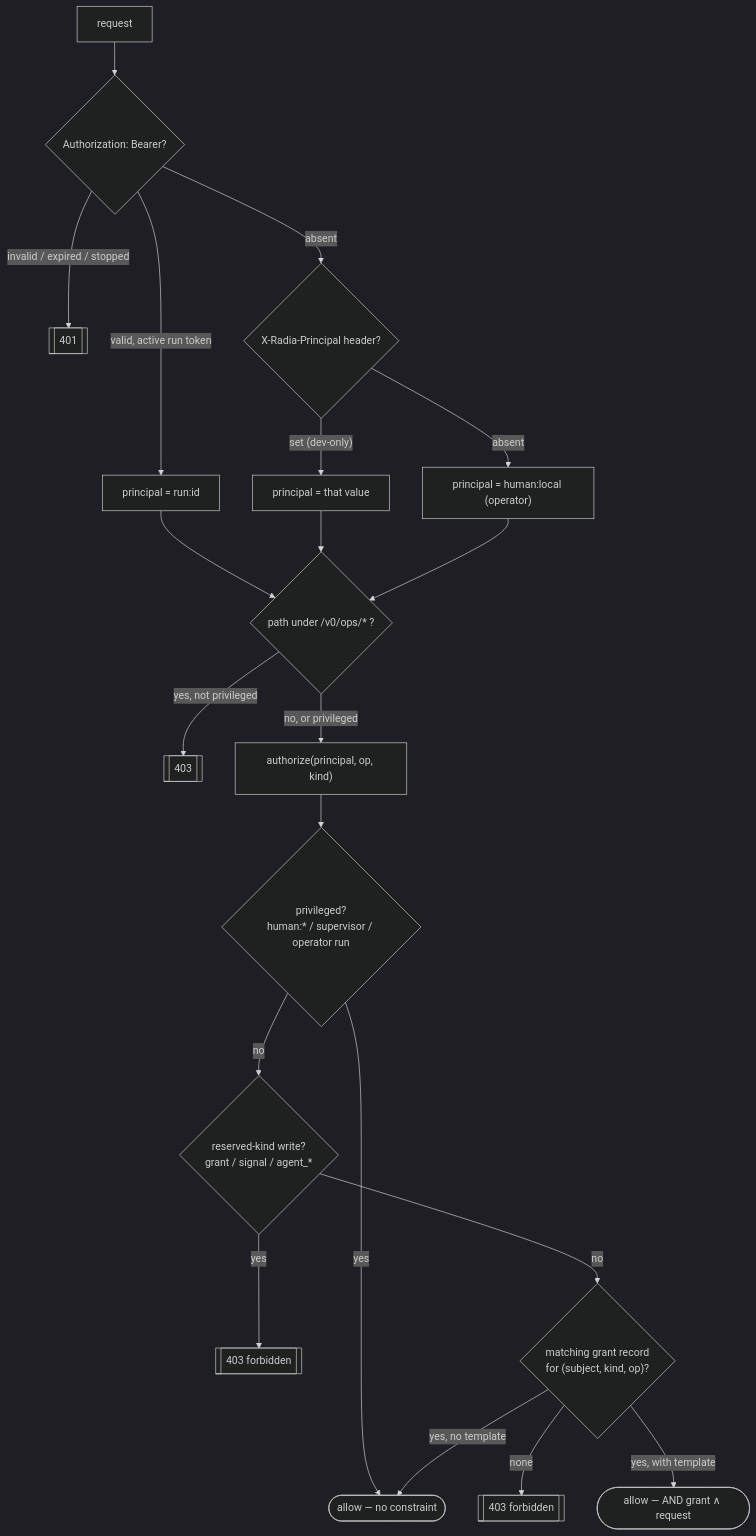
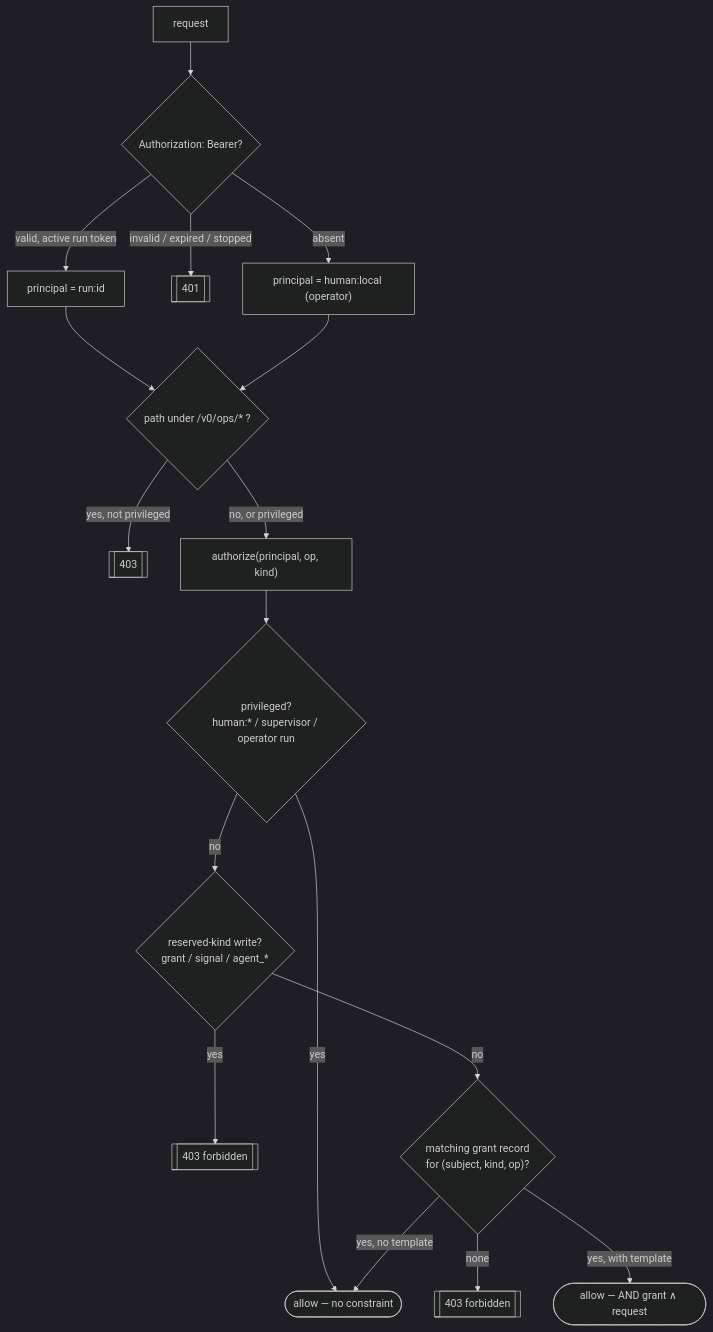
The third of 5 diagrams in agent_docs/design-auth.md (wistrand/radia), drawn with Mermaid (dark theme) before and after one commit. The commit also changed other lines of this file and 8 other files, not shown here.

````diff
--- a/agent_docs/design-auth.md
+++ b/agent_docs/design-auth.md
@@ -161,22 +166,19 @@
 ```mermaid
 flowchart TD
     Req[request] --> B{"Authorization: Bearer?"}
     B -->|"valid, active run token"| Prin["principal = run:id"]
     B -->|"invalid / expired / stopped"| E401[["401"]]
-    B -->|"absent"| XH{"X-Radia-Principal header?"}
-    XH -->|"set (dev-only)"| Prin2["principal = that value"]
-    XH -->|"absent"| Oper["principal = human:local (operator)"]
+    B -->|"absent"| Oper["principal = human:local (operator)"]
     Prin --> Ops
-    Prin2 --> Ops
     Oper --> Ops
     Ops{"path under /v0/ops/* ?"} -->|"yes, not privileged"| E403a[["403"]]
     Ops -->|"no, or privileged"| Az["authorize(principal, op, kind)"]
     Az --> Priv{"privileged?<br/>human:* / supervisor / operator run"}
     Priv -->|"yes"| Allow(["allow — no constraint"])
     Priv -->|"no"| Res{"reserved-kind write?<br/>grant / signal / agent_*"}
     Res -->|"yes"| E403b[["403 forbidden"]]
     Res -->|"no"| Grant{"matching grant record<br/>for (subject, kind, op)?"}
     Grant -->|"none"| E403c[["403 forbidden"]]
     Grant -->|"yes, no template"| Allow
     Grant -->|"yes, with template"| AllowT(["allow — AND grant ∧ request"])
 ```
````
